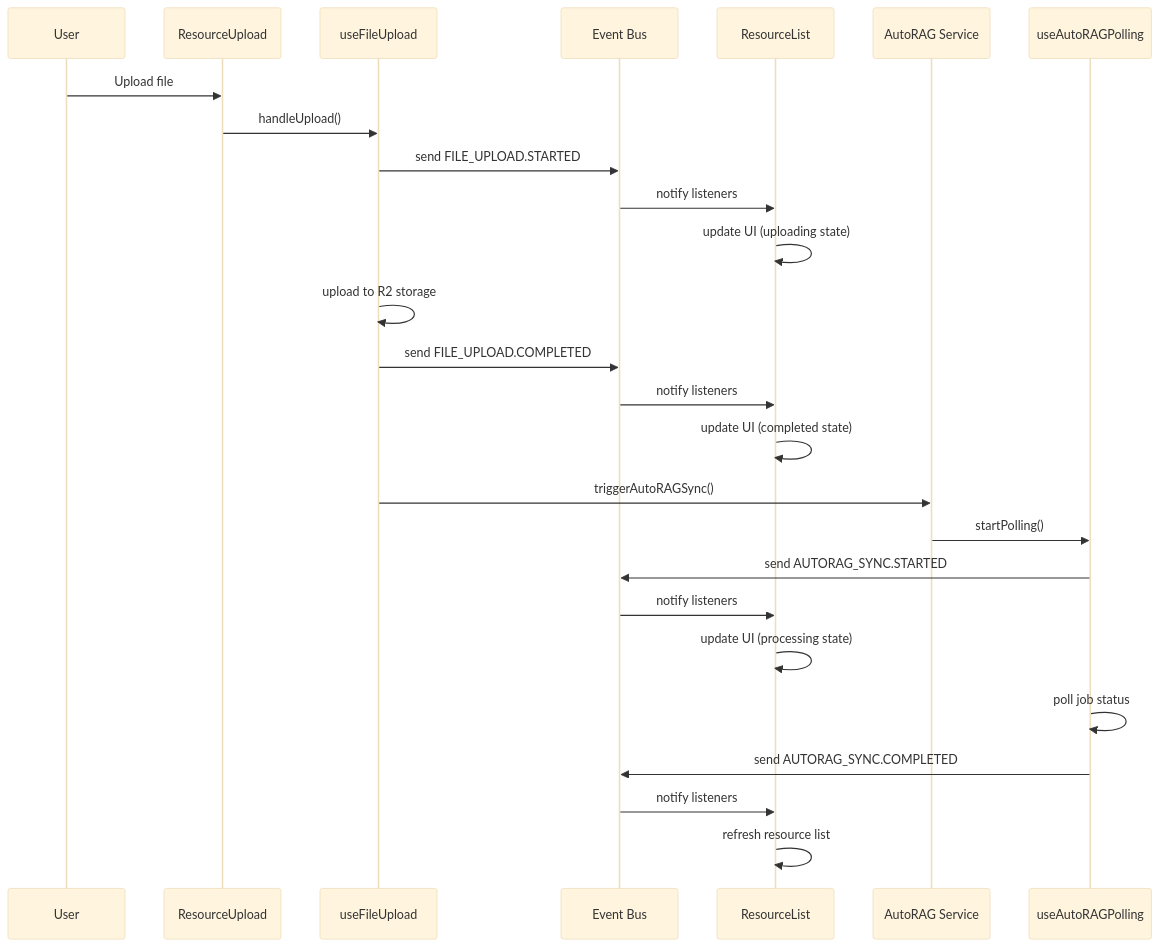
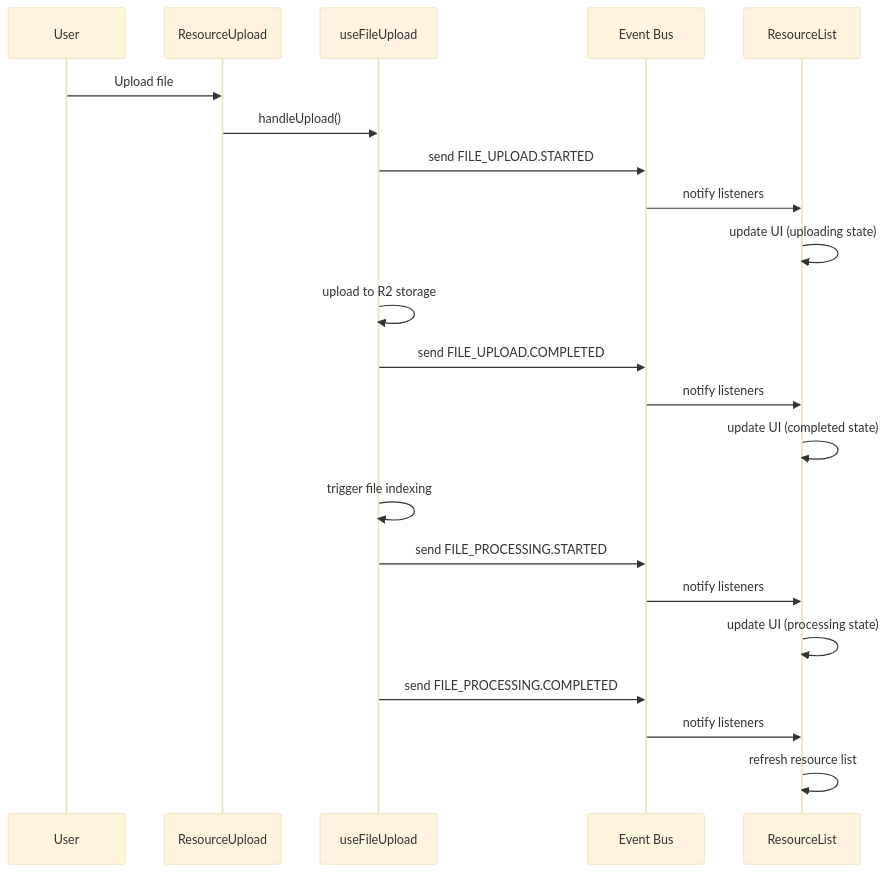
One commit to ofisk/loresmith-ai changed the second of 5 diagrams in docs/EVENT_BUS_ARCHITECTURE.md. Above: the diagram before and after it, drawn with Mermaid (base theme). The commit also changed other lines of this file and 73 other files, not shown here.

First line of the commit message:
Remove AutoRAG system and replace with generic RAG implementation (#246)

````diff
--- a/docs/EVENT_BUS_ARCHITECTURE.md
+++ b/docs/EVENT_BUS_ARCHITECTURE.md
@@ -98,32 +85,28 @@
 ```mermaid
 sequenceDiagram
     participant User
     participant RU as ResourceUpload
     participant FU as useFileUpload
     participant EB as Event Bus
     participant RL as ResourceList
-    participant AR as AutoRAG Service
-    participant UAP as useAutoRAGPolling
 
     User->>RU: Upload file
     RU->>FU: handleUpload()
     FU->>EB: send FILE_UPLOAD.STARTED
     EB->>RL: notify listeners
     RL->>RL: update UI (uploading state)
 
     FU->>FU: upload to R2 storage
     FU->>EB: send FILE_UPLOAD.COMPLETED
     EB->>RL: notify listeners
     RL->>RL: update UI (completed state)
 
-    FU->>AR: triggerAutoRAGSync()
-    AR->>UAP: startPolling()
-    UAP->>EB: send AUTORAG_SYNC.STARTED
+    FU->>FU: trigger file indexing
+    FU->>EB: send FILE_PROCESSING.STARTED
     EB->>RL: notify listeners
     RL->>RL: update UI (processing state)
 
-    UAP->>UAP: poll job status
-    UAP->>EB: send AUTORAG_SYNC.COMPLETED
+    FU->>EB: send FILE_PROCESSING.COMPLETED
     EB->>RL: notify listeners
     RL->>RL: refresh resource list
 ```
````
